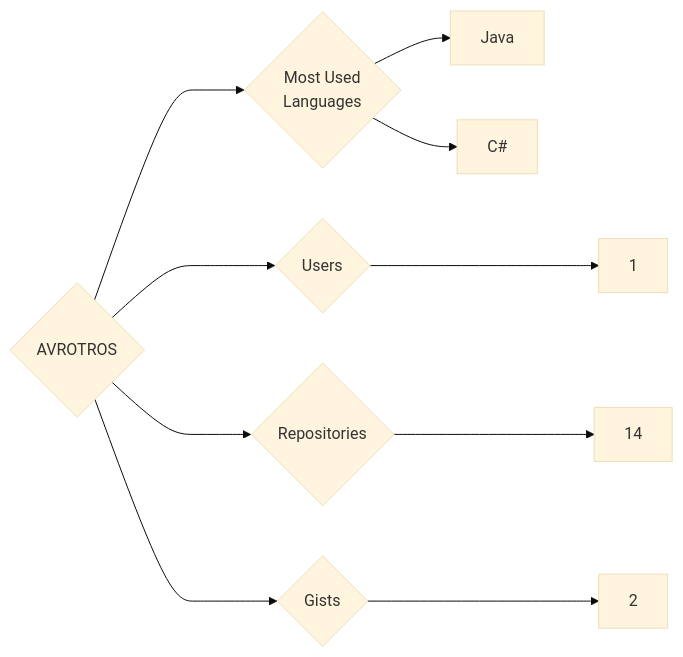
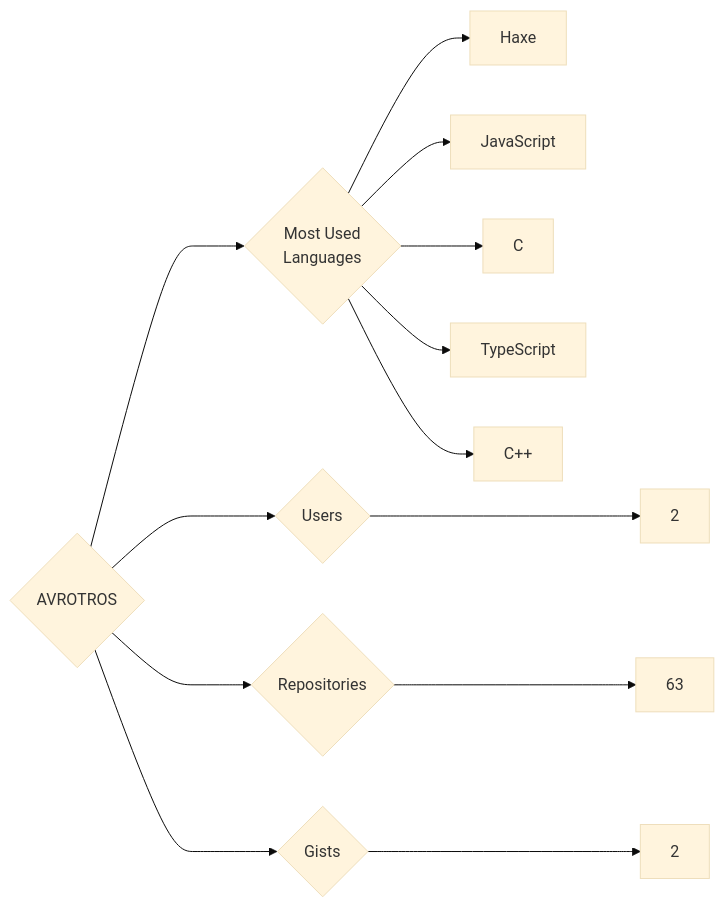
Before and after one commit to trickest/insiders: the diagram in targets/AVROTROS/README.md, drawn with Mermaid (base theme). The commit also changed 845 other files, not shown here.

````diff
--- a/targets/AVROTROS/README.md
+++ b/targets/AVROTROS/README.md
@@ -3,10 +3,13 @@
 ```mermaid
 graph LR
 COMPANY_NAME{AVROTROS}
-COMPANY_NAME ---> U{Users} ---> UN[1]
-COMPANY_NAME ---> R{Repositories} ---> RN[14]
+COMPANY_NAME ---> U{Users} ---> UN[2]
+COMPANY_NAME ---> R{Repositories} ---> RN[63]
 COMPANY_NAME ---> G{Gists} ---> GN[2]
 COMPANY_NAME ---> ML{Most Used<br>Languages}
-ML --> Java[Java]
-ML --> C#[C#]
+ML --> Haxe[Haxe]
+ML --> JavaScript[JavaScript]
+ML --> C[C]
+ML --> TypeScript[TypeScript]
+ML --> C++[C++]
 ```
````
